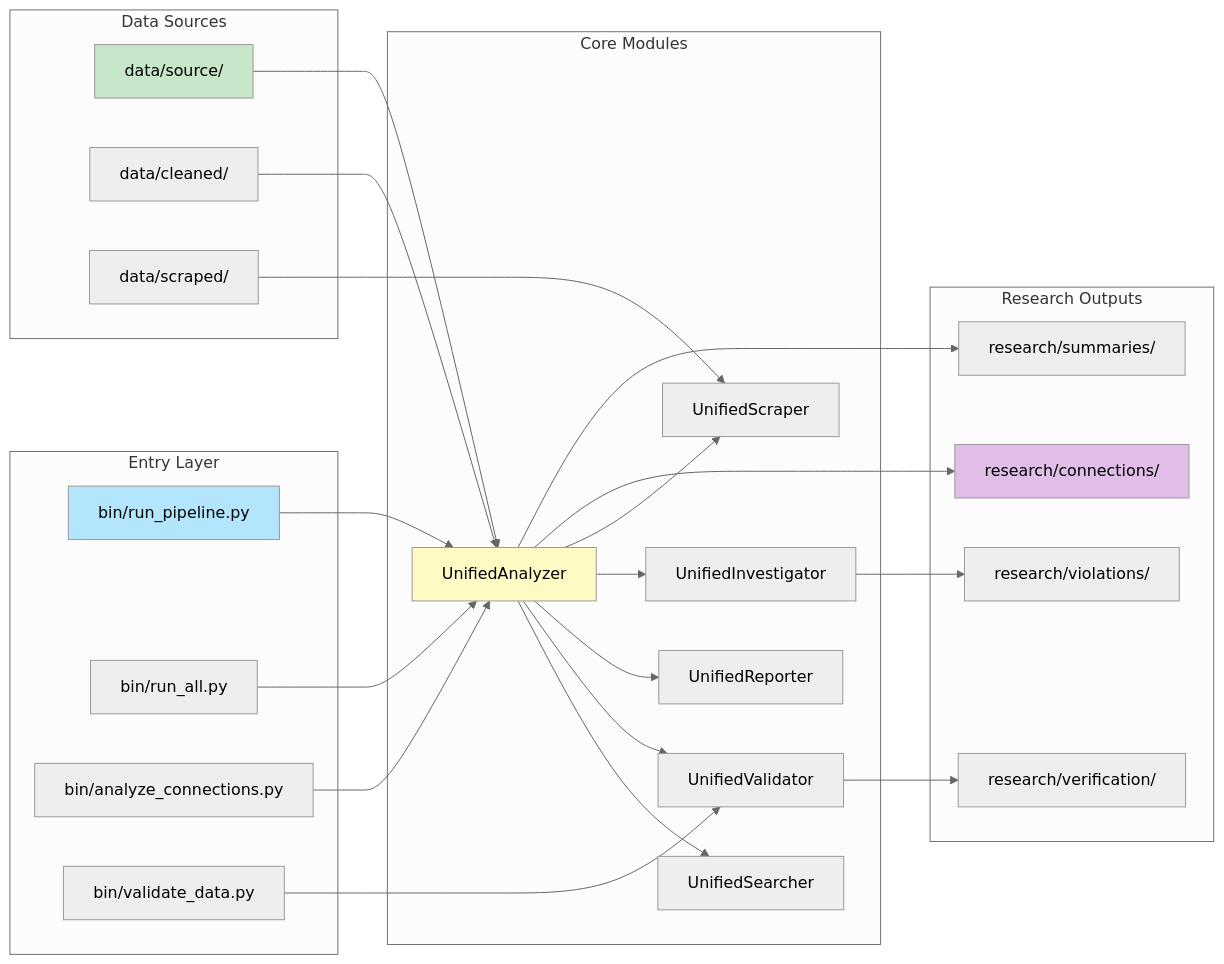
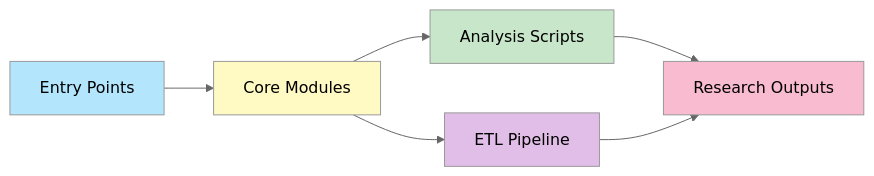
Before and after one commit to 1digitaldesign/kettler-data-analysis: the third of 5 diagrams in docs/DIAGRAMS.md, drawn with Mermaid (neutral theme). The commit also changed other lines of this file and 2 other files, not shown here.

First line of the commit message:
Remove duplicate ARCHITECTURE.md and enhance remaining docs

````diff
--- a/docs/DIAGRAMS.md
+++ b/docs/DIAGRAMS.md
@@ -99,56 +102,14 @@
 ```mermaid
 graph LR
-    subgraph "Entry Layer"
-        A[bin/run_pipeline.py]
-        B[bin/run_all.py]
-        C[bin/analyze_connections.py]
-        D[bin/validate_data.py]
-    end
-
-    subgraph "Core Modules"
-        E[UnifiedAnalyzer]
-        F[UnifiedSearcher]
-        G[UnifiedValidator]
-        H[UnifiedReporter]
-        I[UnifiedInvestigator]
-        J[UnifiedScraper]
-    end
-
-    subgraph "Data Sources"
-        K[data/source/]
-        L[data/cleaned/]
-        M[data/scraped/]
-    end
-
-    subgraph "Research Outputs"
-        N[research/connections/]
-        O[research/summaries/]
-        P[research/verification/]
-        Q[research/violations/]
-    end
-
-    A --> E
-    B --> E
-    C --> E
-    D --> G
-
-    E --> F
-    E --> G
-    E --> H
-    E --> I
-    E --> J
-
-    K --> E
-    L --> E
-    M --> J
-
-    E --> N
-    E --> O
-    G --> P
-    I --> Q
+    A[Entry Points] --> B[Core Modules]
+    B --> C[Analysis Scripts]
+    B --> D[ETL Pipeline]
+    C --> E[Research Outputs]
+    D --> E
 
     style A fill:#B3E5FC
-    style E fill:#FFF9C4
-    style K fill:#C8E6C9
-    style N fill:#E1BEE7
+    style B fill:#FFF9C4
+    style C fill:#C8E6C9
+    style D fill:#E1BEE7
+    style E fill:#F8BBD0
 ```
````
